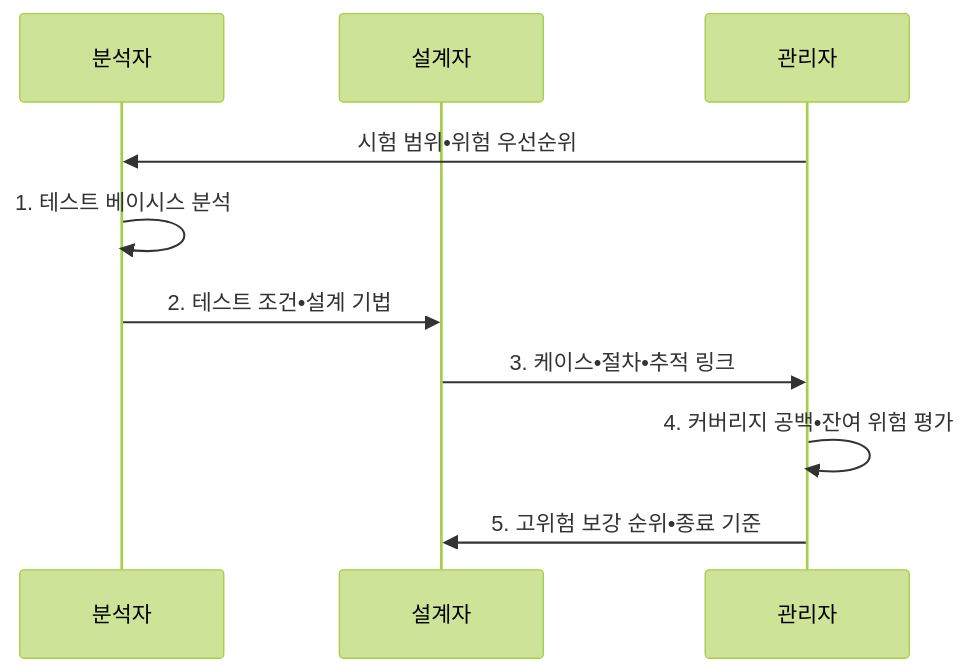
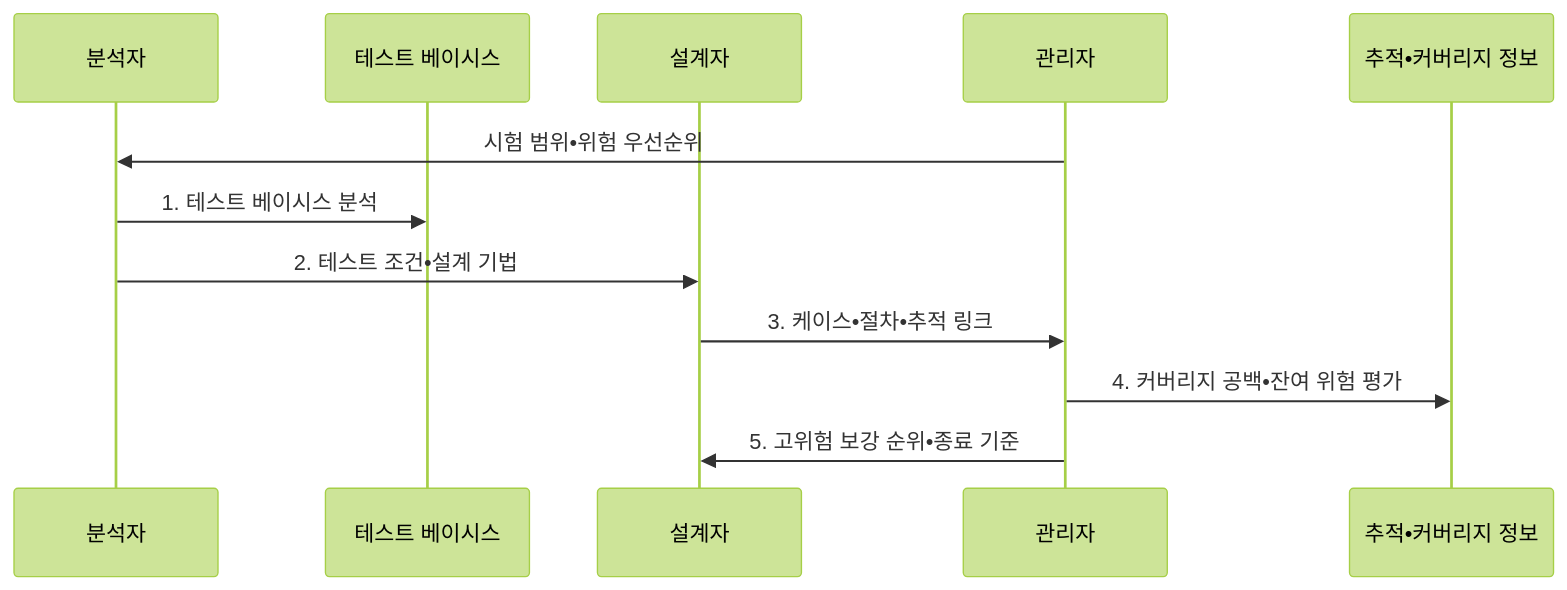
The second of 2 diagrams in src/content/docs/notes/03-software/079_iso_29119_test_design.md (agnusdei1207/knowledge-base), drawn with Mermaid (forest theme) before and after one commit. The commit also changed other lines of this file and 8 other files, not shown here.

````diff
--- a/src/content/docs/notes/03-software/079_iso_29119_test_design.md
+++ b/src/content/docs/notes/03-software/079_iso_29119_test_design.md
@@ -109,12 +109,14 @@
 ```mermaid
 sequenceDiagram
     participant A as 분석자
+    participant B as 테스트 베이시스
     participant D as 설계자
     participant M as 관리자
+    participant C as 추적•커버리지 정보
     M->>A: 시험 범위•위험 우선순위
-    A->>A: 1. 테스트 베이시스 분석
+    A->>B: 1. 테스트 베이시스 분석
     A->>D: 2. 테스트 조건•설계 기법
     D->>M: 3. 케이스•절차•추적 링크
-    M->>M: 4. 커버리지 공백•잔여 위험 평가
+    M->>C: 4. 커버리지 공백•잔여 위험 평가
     M->>D: 5. 고위험 보강 순위•종료 기준
 ```
````
